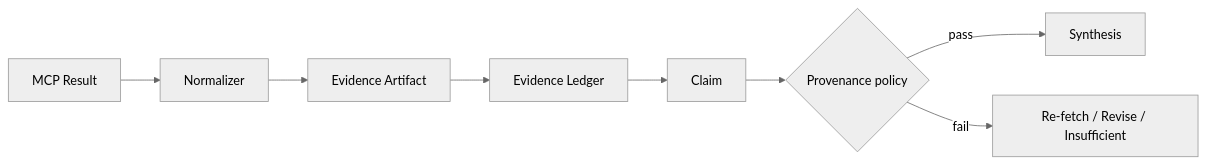
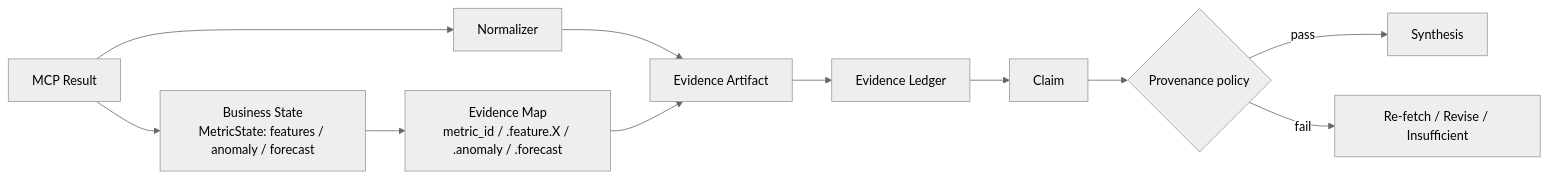
One commit to Tervigon-Collective/Seleric_Agent changed the diagram in diagrams/evidence_flow.mmd. Above: the diagram before and after it, drawn with Mermaid (neutral theme). The commit also changed 84 other files, not shown here.

```diff
--- a/diagrams/evidence_flow.mmd
+++ b/diagrams/evidence_flow.mmd
@@ -1,8 +1,11 @@
 flowchart LR
     MCP[MCP Result] --> N[Normalizer]
+    MCP --> BS["Business State<br/>MetricState: features / anomaly / forecast"]
+    BS --> EM["Evidence Map<br/>metric_id / .feature.X / .anomaly / .forecast"]
     N --> E[Evidence Artifact]
+    EM --> E
     E --> L[Evidence Ledger]
     L --> C[Claim]
     C --> P{Provenance policy}
     P -- pass --> S[Synthesis]
     P -- fail --> R[Re-fetch / Revise / Insufficient]
```
